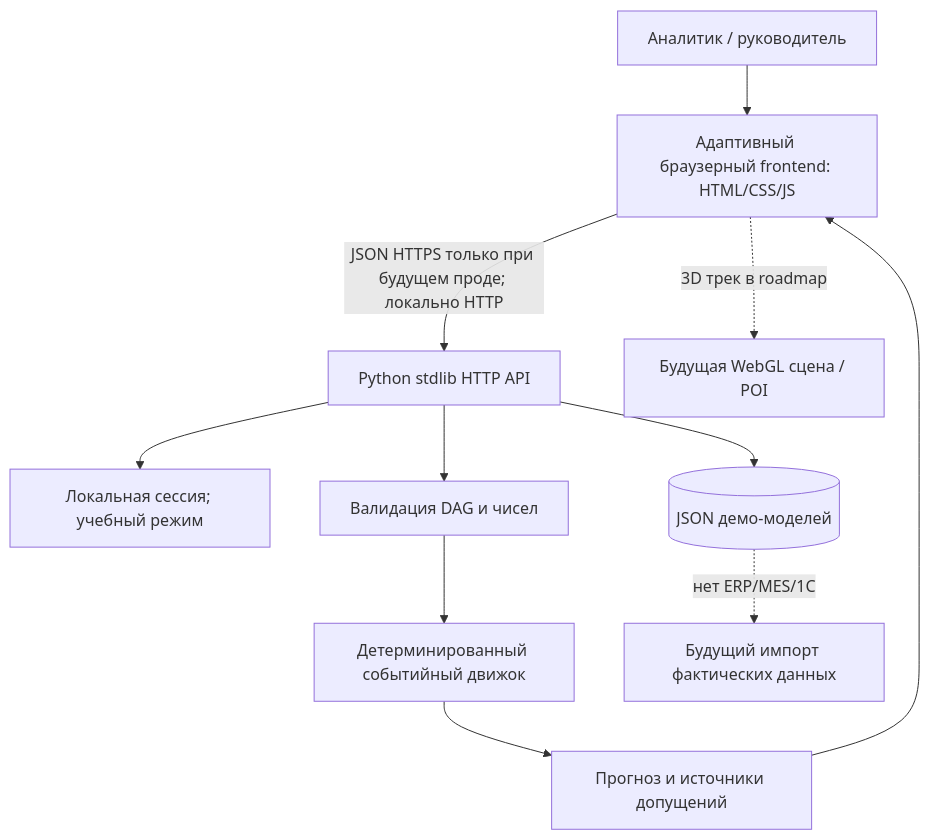
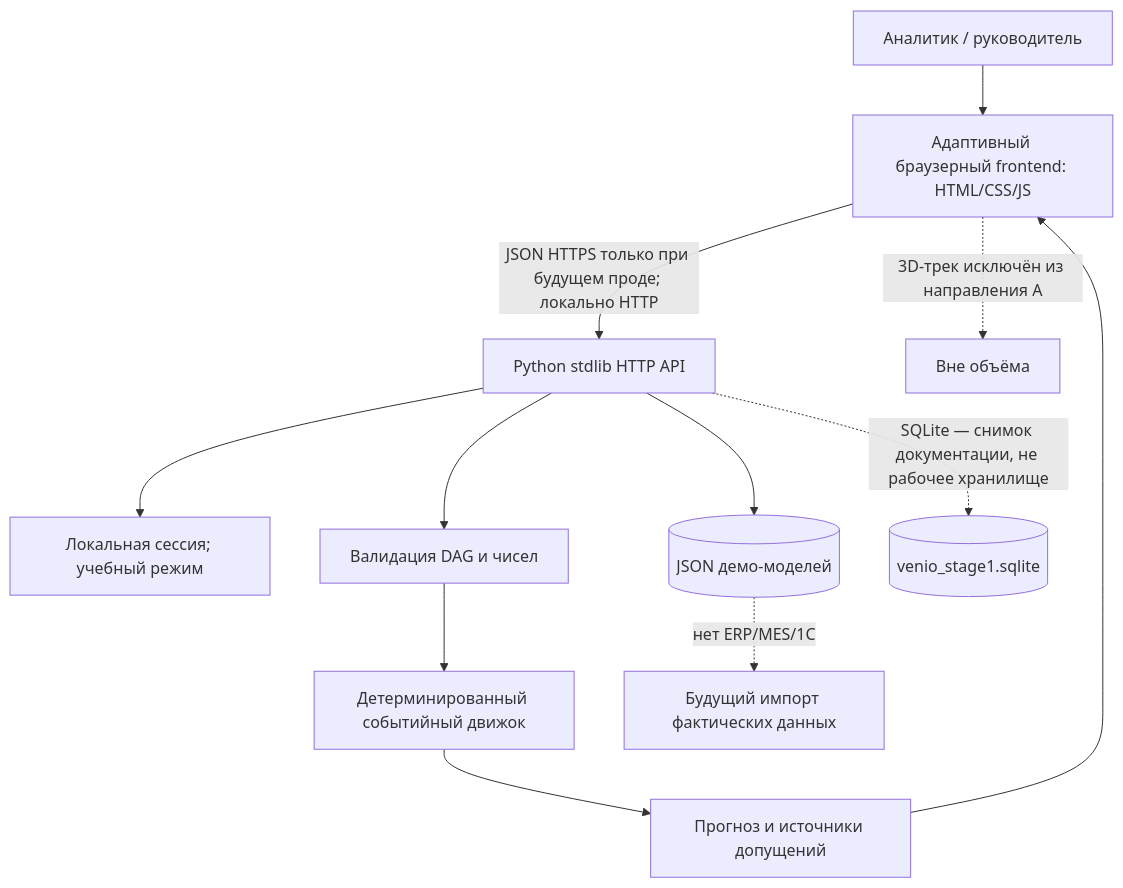
The diagram in analysis/diagrams/architecture.mmd (maevikk/NovaHackathon1), drawn with Mermaid before and after one commit. The commit also changed 11 other files, not shown here.

```diff
--- a/analysis/diagrams/architecture.mmd
+++ b/analysis/diagrams/architecture.mmd
@@ -1,11 +1,12 @@
 flowchart TB
     U["Аналитик / руководитель"] --> FE["Адаптивный браузерный frontend: HTML/CSS/JS"]
     FE -->|"JSON HTTPS только при будущем проде; локально HTTP"| API["Python stdlib HTTP API"]
     API --> AUTH["Локальная сессия; учебный режим"]
     API --> VALID["Валидация DAG и чисел"]
     VALID --> SIM["Детерминированный событийный движок"]
     SIM --> OUT["Прогноз и источники допущений"]
     API --> DATA[("JSON демо-моделей")]
+    API -.->|"SQLite — снимок документации, не рабочее хранилище"| SNAP[("venio_stage1.sqlite")]
     OUT --> FE
     DATA -.->|"нет ERP/MES/1C"| FUTURE["Будущий импорт фактических данных"]
-    FE -.->|"3D трек в roadmap"| TOUR["Будущая WebGL сцена / POI"]
+    FE -.->|"3D-трек исключён из направления A"| TOUR["Вне объёма"]
```
